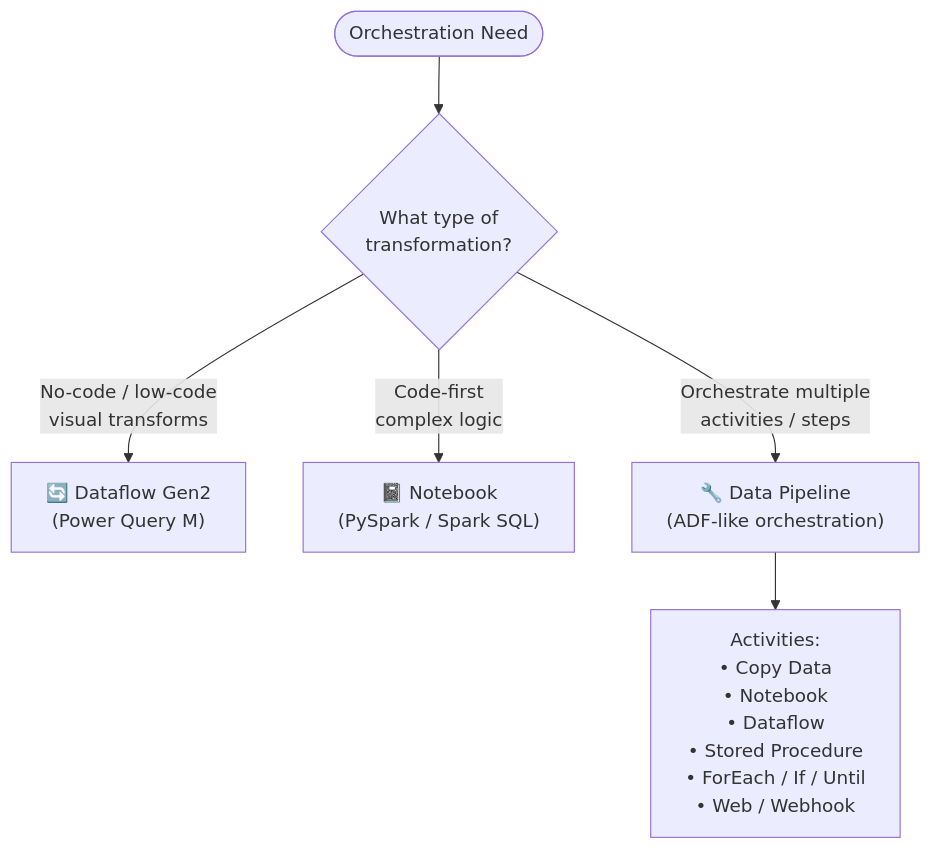
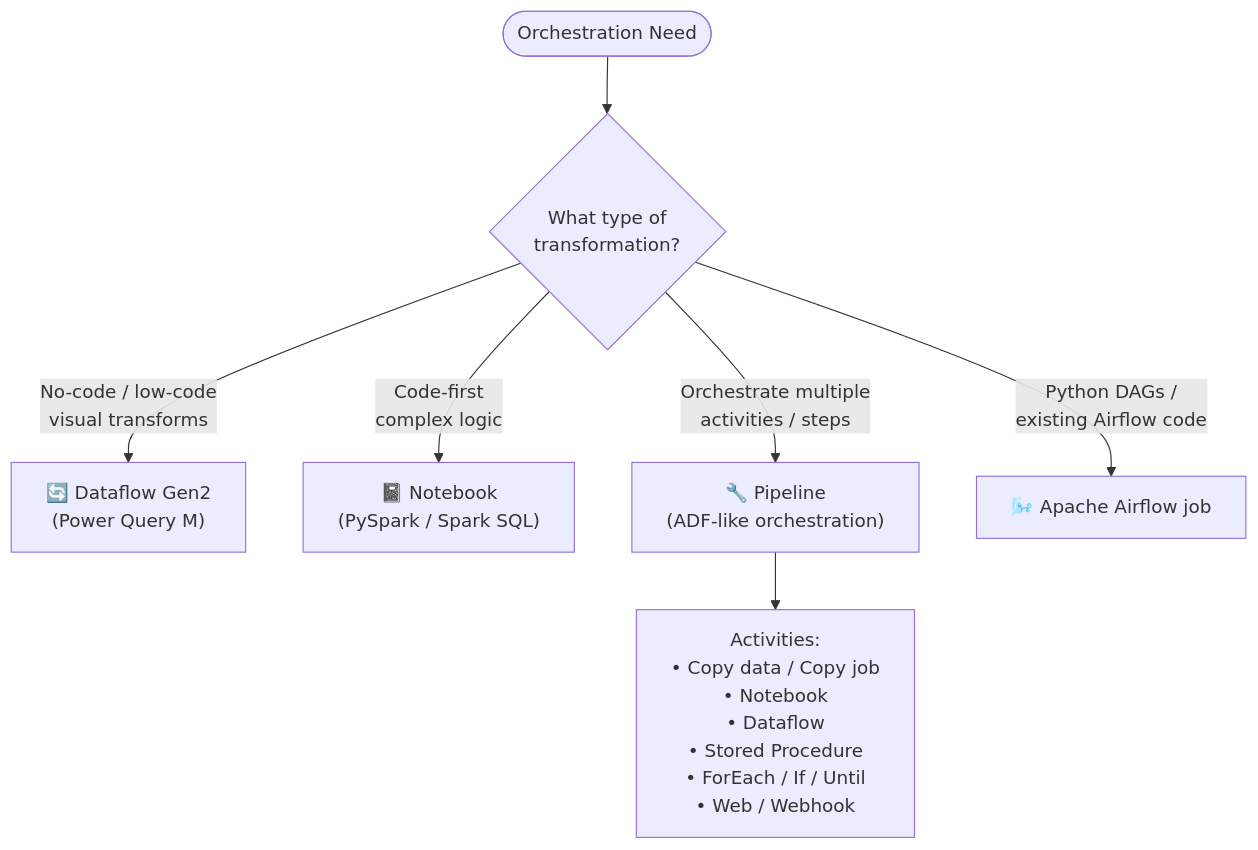
The sixth of 7 diagrams in 01-implement-manage-analytics-solution.md (marcogrimaldi29/dp-700-study-notes), drawn with Mermaid before and after one commit. The commit also changed other lines of this file and 7 other files, not shown here.

````diff
--- a/01-implement-manage-analytics-solution.md
+++ b/01-implement-manage-analytics-solution.md
@@ -381,8 +446,9 @@
 ```mermaid
 flowchart TD
     START([Orchestration Need]) --> Q1{What type of\ntransformation?}
     Q1 -->|"No-code / low-code\nvisual transforms"| DF["🔄 Dataflow Gen2\n(Power Query M)"]
     Q1 -->|"Code-first\ncomplex logic"| NB["📓 Notebook\n(PySpark / Spark SQL)"]
-    Q1 -->|"Orchestrate multiple\nactivities / steps"| PIPE["🔧 Data Pipeline\n(ADF-like orchestration)"]
-    PIPE --> PIPE_ACT["Activities:\n• Copy Data\n• Notebook\n• Dataflow\n• Stored Procedure\n• ForEach / If / Until\n• Web / Webhook"]
+    Q1 -->|"Orchestrate multiple\nactivities / steps"| PIPE["🔧 Pipeline\n(ADF-like orchestration)"]
+    Q1 -->|"Python DAGs /\nexisting Airflow code"| AIR["🌬️ Apache Airflow job"]
+    PIPE --> PIPE_ACT["Activities:\n• Copy data / Copy job\n• Notebook\n• Dataflow\n• Stored Procedure\n• ForEach / If / Until\n• Web / Webhook"]
 ```
````
